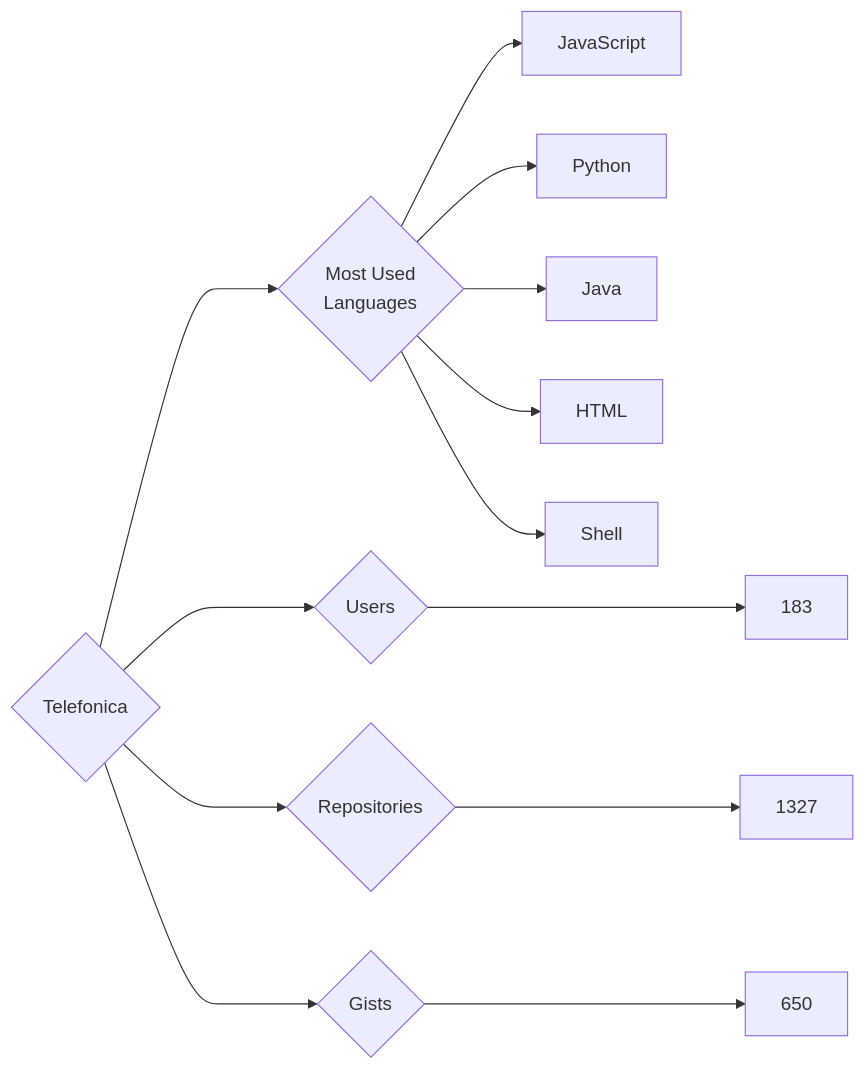
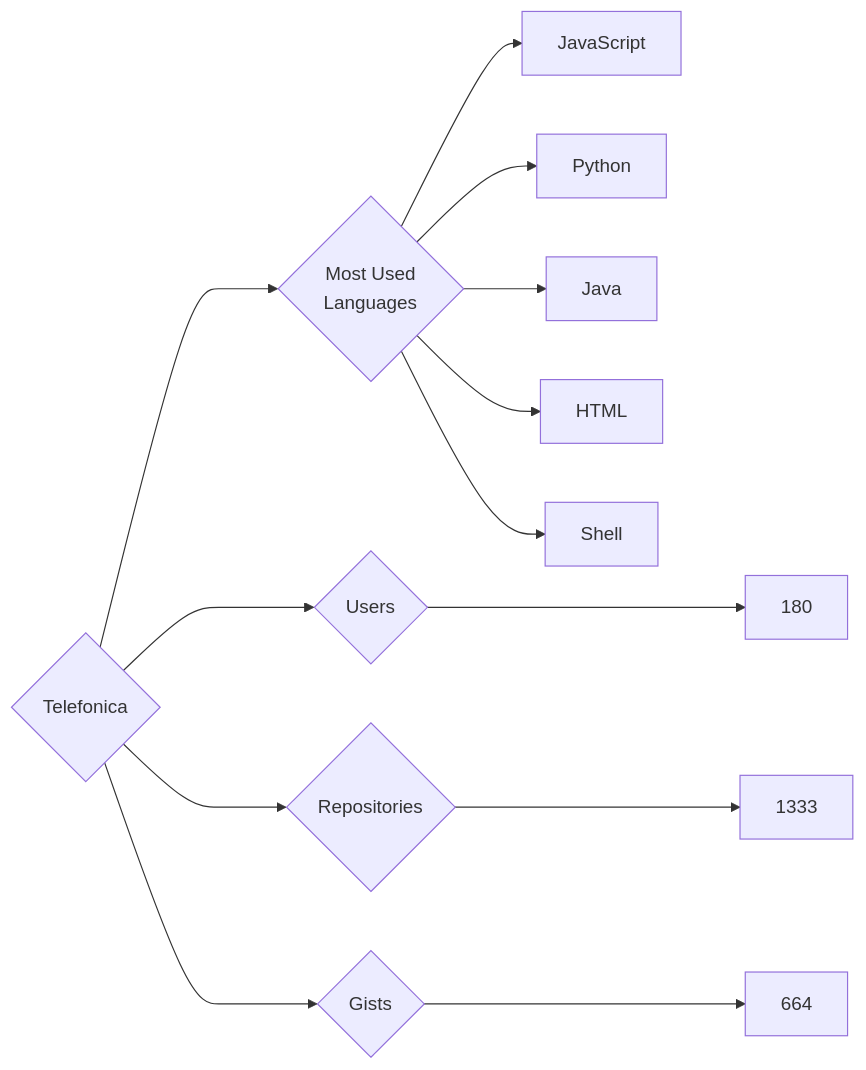
The diagram in targets/Telefonica/README.md (trickest/insiders), drawn with Mermaid before and after one commit. The commit also changed 765 other files, not shown here.

````diff
--- a/targets/Telefonica/README.md
+++ b/targets/Telefonica/README.md
@@ -3,13 +3,13 @@
 ```mermaid
 graph LR
 COMPANY_NAME{Telefonica}
-COMPANY_NAME ---> U{Users} ---> UN[183]
-COMPANY_NAME ---> R{Repositories} ---> RN[1327]
-COMPANY_NAME ---> G{Gists} ---> GN[650]
+COMPANY_NAME ---> U{Users} ---> UN[180]
+COMPANY_NAME ---> R{Repositories} ---> RN[1333]
+COMPANY_NAME ---> G{Gists} ---> GN[664]
 COMPANY_NAME ---> ML{Most Used<br>Languages}
 ML --> JavaScript[JavaScript]
 ML --> Python[Python]
 ML --> Java[Java]
 ML --> HTML[HTML]
 ML --> Shell[Shell]
 ```
````
